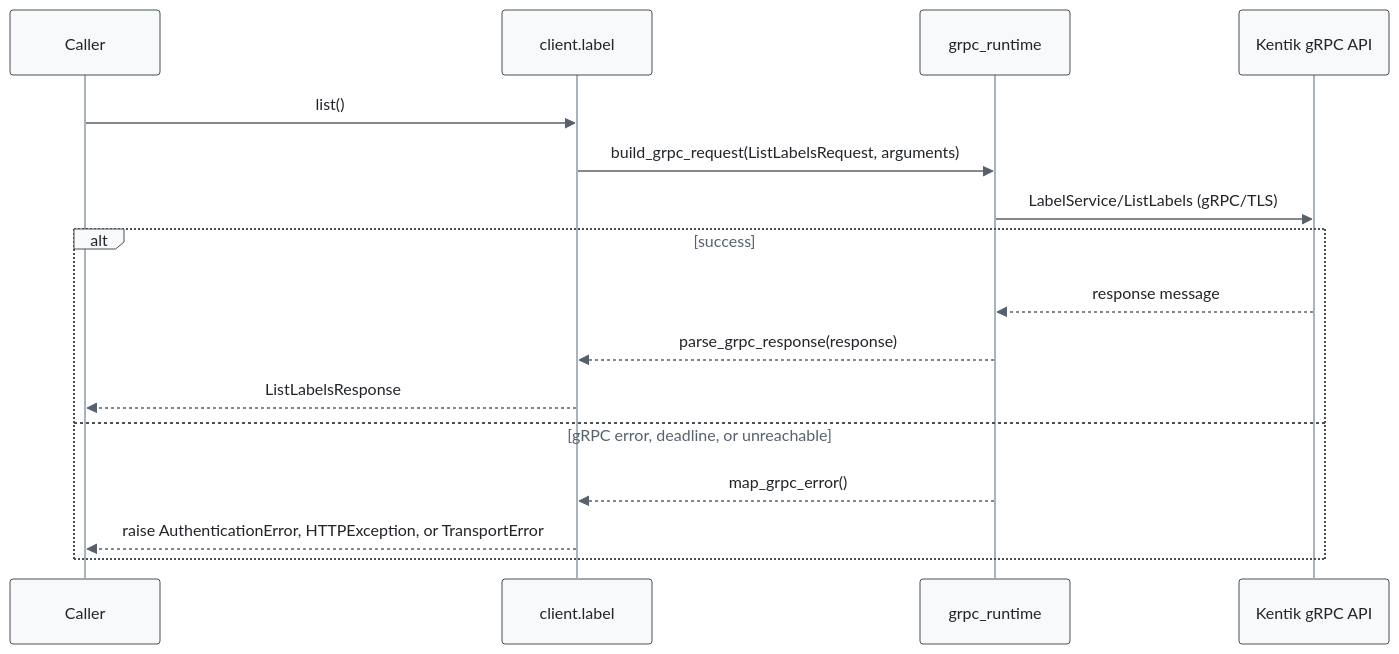
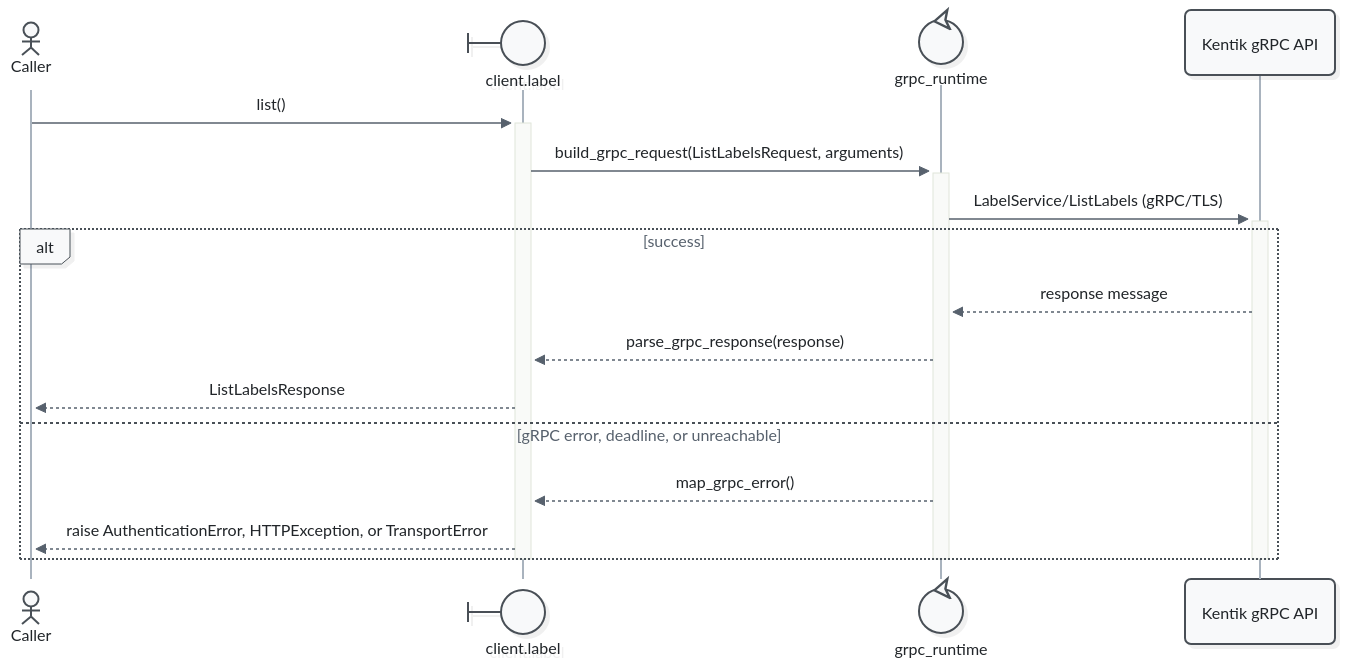
The second of 9 diagrams in docs/sphinx/services/label.md (alexdearaujo/community_sdk_python), drawn with Mermaid before and after one commit. The commit also changed other lines of this file and 52 other files, not shown here.

First line of the commit message:
docs: Mermaid 12 sequence diagrams with participant types and path colors

````diff
--- a/docs/sphinx/services/label.md
+++ b/docs/sphinx/services/label.md
@@ -55,20 +57,23 @@
 ```mermaid
-%%{init: {"theme": "base", "fontFamily": "ui-monospace, SFMono-Regular, Menlo, monospace", "themeVariables": {"fontFamily": "ui-monospace, SFMono-Regular, Menlo, monospace", "primaryColor": "#f8f9fa", "primaryBorderColor": "#495057", "primaryTextColor": "#212529", "textColor": "#212529", "lineColor": "#77818c", "edgeLabelBackground": "#ffffff", "actorBkg": "#f8f9fa", "actorBorder": "#495057", "actorTextColor": "#212529", "actorLineColor": "#a9b3be", "signalColor": "#57616d", "signalTextColor": "#212529", "labelBoxBkgColor": "#f8f9fa", "labelBoxBorderColor": "#495057", "labelTextColor": "#212529", "loopTextColor": "#57616d", "noteBkgColor": "#fff9db", "noteBorderColor": "#f08c00", "noteTextColor": "#a35a00"}, "flowchart": {"curve": "step", "nodeSpacing": 30, "rankSpacing": 70, "wrappingWidth": 400}}}%%
+%%{init: {"theme": "redux", "look": "neo", "layout": "dagre", "fontFamily": "ui-monospace, SFMono-Regular, Menlo, monospace", "themeVariables": {"fontFamily": "ui-monospace, SFMono-Regular, Menlo, monospace", "primaryColor": "#f8f9fa", "primaryBorderColor": "#495057", "primaryTextColor": "#212529", "textColor": "#212529", "lineColor": "#77818c", "edgeLabelBackground": "#ffffff", "actorBkg": "#f8f9fa", "actorBorder": "#495057", "actorTextColor": "#212529", "actorLineColor": "#a9b3be", "signalColor": "#57616d", "signalTextColor": "#212529", "labelBoxBkgColor": "#f8f9fa", "labelBoxBorderColor": "#495057", "labelTextColor": "#212529", "loopTextColor": "#57616d", "noteBkgColor": "#fff9db", "noteBorderColor": "#f08c00", "noteTextColor": "#a35a00"}, "sequence": {"activationWidth": 16}, "flowchart": {"curve": "step", "nodeSpacing": 30, "rankSpacing": 70, "wrappingWidth": 400}}}%%
 sequenceDiagram
-    participant C as Caller
-    participant W as client.label
-    participant R as grpc_runtime
+    actor C as Caller
+    participant W@{ "type": "boundary" } as client.label
+    participant R@{ "type": "control" } as grpc_runtime
     participant API as Kentik gRPC API
 
-    C->>W: list()
-    W->>R: build_grpc_request(ListLabelsRequest, arguments)
-    R->>API: LabelService/ListLabels (gRPC/TLS)
+    C->>+W: list()
+    W->>+R: build_grpc_request(ListLabelsRequest, arguments)
+    R->>+API: LabelService/ListLabels (gRPC/TLS)
     alt success
         API-->>R: response message
         R-->>W: parse_grpc_response(response)
         W-->>C: ListLabelsResponse
     else gRPC error, deadline, or unreachable
         R-->>W: map_grpc_error()
         W-->>C: raise AuthenticationError, HTTPException, or TransportError
     end
+    deactivate API
+    deactivate R
+    deactivate W
 ```
````
